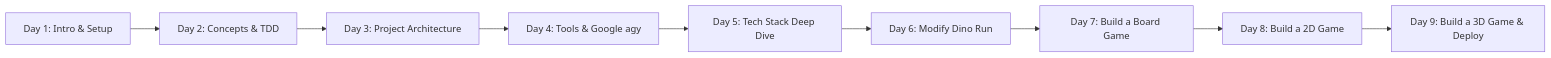
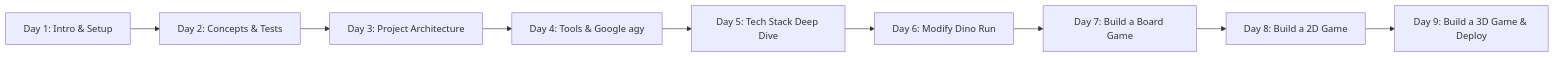
One commit to vuhung16au/gemini-games changed the diagram in courses/README.md. Above: the diagram before and after it, drawn with Mermaid. The commit also changed other lines of this file and 18 other files, not shown here.

````diff
--- a/courses/README.md
+++ b/courses/README.md
@@ -26,11 +52,11 @@
 ```mermaid
 flowchart LR
-  D1["Day 1: Intro & Setup"] --> D2["Day 2: Concepts & TDD"]
+  D1["Day 1: Intro & Setup"] --> D2["Day 2: Concepts & Tests"]
   D2 --> D3["Day 3: Project Architecture"]
   D3 --> D4["Day 4: Tools & Google agy"]
   D4 --> D5["Day 5: Tech Stack Deep Dive"]
   D5 --> D6["Day 6: Modify Dino Run"]
   D6 --> D7["Day 7: Build a Board Game"]
   D7 --> D8["Day 8: Build a 2D Game"]
   D8 --> D9["Day 9: Build a 3D Game & Deploy"]
 ```
````
